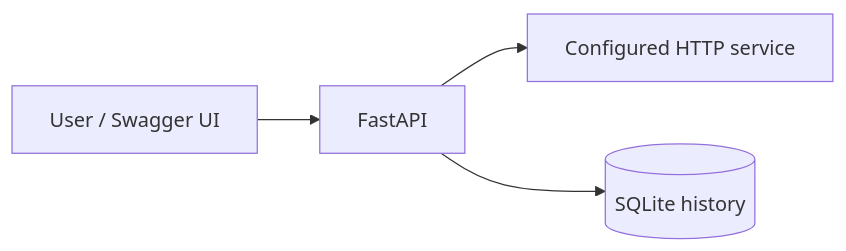
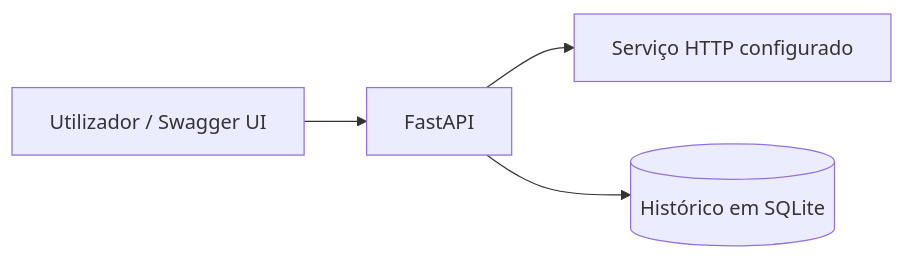
One commit to JoaoTSSilva03/cloudops-lab changed the diagram in README.md. Above: the diagram before and after it, drawn with Mermaid. The commit also changed other lines of this file, not shown here.

````diff
--- a/README.md
+++ b/README.md
@@ -14,6 +14,6 @@
 ```mermaid
 flowchart LR
-    User[User / Swagger UI] --> API[FastAPI]
-    API --> Target[Configured HTTP service]
-    API --> DB[(SQLite history)]
+    User[Utilizador / Swagger UI] --> API[FastAPI]
+    API --> Target[Serviço HTTP configurado]
+    API --> DB[(Histórico em SQLite)]
 ```
````
